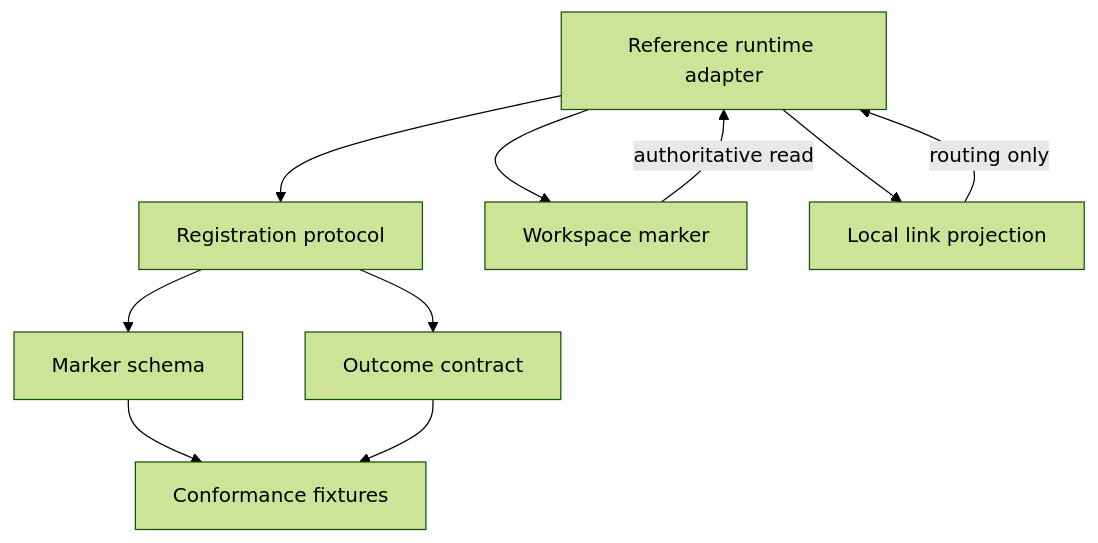
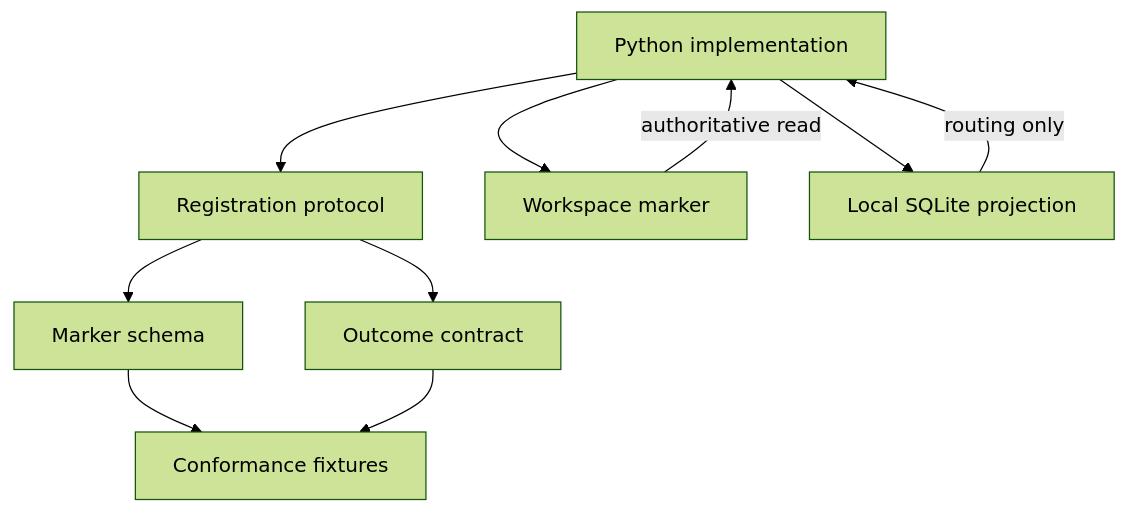
The first of 2 diagrams in docs/plans/2026-08-01-001-feat-workstream-registration-discovery-plan.md (ryannmicua/arjim), drawn with Mermaid (forest theme) before and after one commit. The commit also changed other lines of this file and 2 other files, not shown here.

Commit message:
Rewrite workstream registration plan for Python implementation

````diff
--- a/docs/plans/2026-08-01-001-feat-workstream-registration-discovery-plan.md
+++ b/docs/plans/2026-08-01-001-feat-workstream-registration-discovery-plan.md
@@ -211,12 +208,12 @@
 ```mermaid
 flowchart TB
     P[Registration protocol] --> M[Marker schema]
     P --> O[Outcome contract]
     M --> F[Conformance fixtures]
     O --> F
-    A[Reference runtime adapter] --> P
-    A --> W[Workspace marker]
-    A --> L[Local link projection]
-    W -->|authoritative read| A
-    L -->|routing only| A
+    I[Python implementation] --> P
+    I --> W[Workspace marker]
+    I --> L[Local SQLite projection]
+    W -->|authoritative read| I
+    L -->|routing only| I
 ```
````
